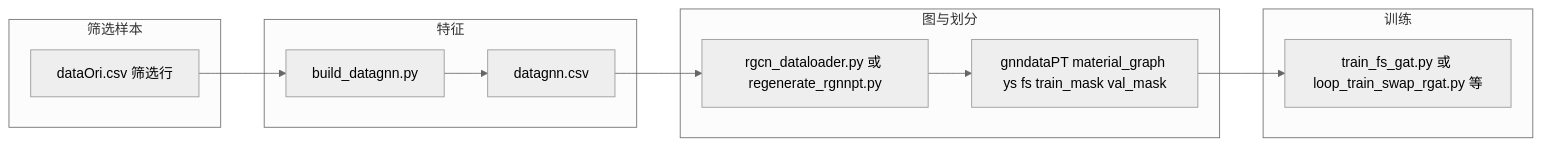
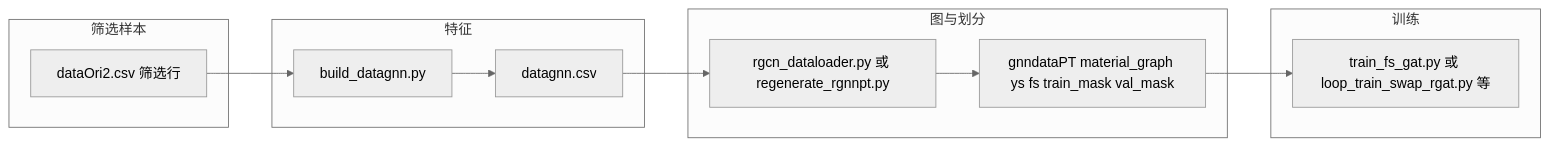
One commit to Shikairan/metalForTi changed the diagram in gnnDir/README.md. Above: the diagram before and after it, drawn with Mermaid (neutral theme). The commit also changed other lines of this file and 5 other files, not shown here.

````diff
--- a/gnnDir/README.md
+++ b/gnnDir/README.md
@@ -196,18 +212,18 @@
 ```mermaid
 flowchart LR
   subgraph filter [筛选样本]
-    O[dataOri.csv 筛选行]
+    O[dataOri2.csv 筛选行]
   end
   subgraph feat [特征]
     B[build_datagnn.py]
     D[datagnn.csv]
   end
   subgraph graph [图与划分]
     R[rgcn_dataloader.py 或 regenerate_rgnnpt.py]
     P[gnndataPT material_graph ys fs train_mask val_mask]
   end
   subgraph train [训练]
     T[train_fs_gat.py 或 loop_train_swap_rgat.py 等]
   end
   O --> B --> D --> R --> P --> T
 ```
````
